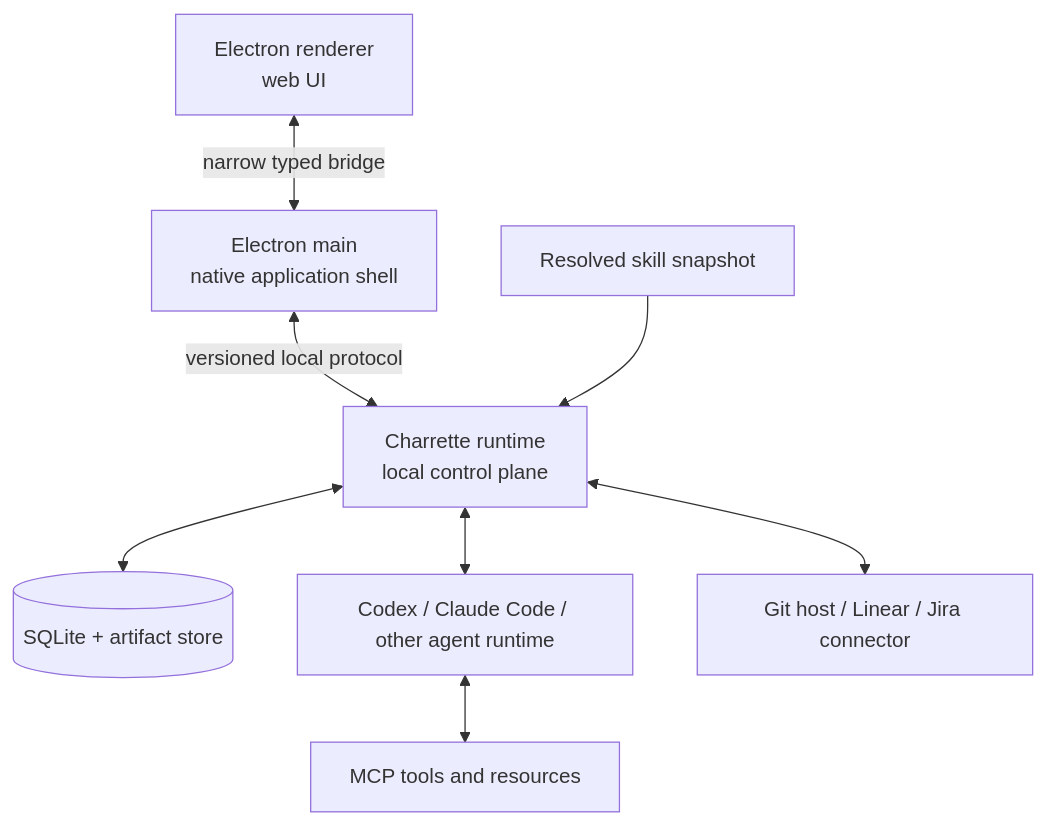
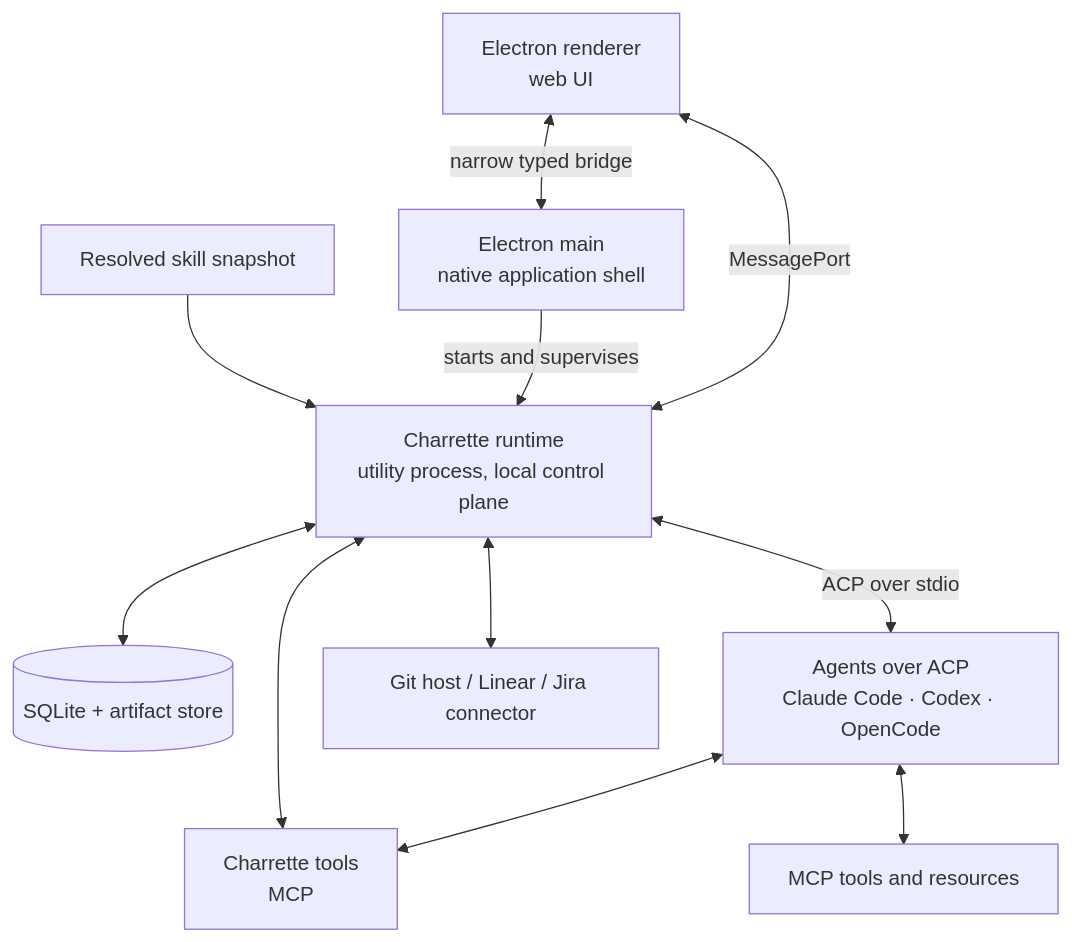
One commit to AltharIDE/althar changed the second of 2 diagrams in docs/architecture/README.md. Above: the diagram before and after it, drawn with Mermaid. The commit also changed other lines of this file and 20 other files, not shown here.

First line of the commit message:
Record the harness decisions in the architecture

````diff
--- a/docs/architecture/README.md
+++ b/docs/architecture/README.md
@@ -110,19 +112,23 @@
 ```mermaid
 flowchart TB
     UI["Electron renderer<br/>web UI"]
     Main["Electron main<br/>native application shell"]
-    Runtime["Charrette runtime<br/>local control plane"]
+    Runtime["Charrette runtime<br/>utility process, local control plane"]
     Store[("SQLite + artifact store")]
-    Provider["Codex / Claude Code / other agent runtime"]
+    Provider["Agents over ACP<br/>Claude Code · Codex · OpenCode"]
+    Tools["Charrette tools<br/>MCP"]
     Connector["Git host / Linear / Jira connector"]
     MCP["MCP tools and resources"]
     Skills["Resolved skill snapshot"]
 
     UI <-->|"narrow typed bridge"| Main
-    Main <-->|"versioned local protocol"| Runtime
+    UI <-->|"MessagePort"| Runtime
+    Main -->|"starts and supervises"| Runtime
     Runtime <--> Store
-    Runtime <--> Provider
+    Runtime <-->|"ACP over stdio"| Provider
     Runtime <--> Connector
+    Provider <--> Tools
+    Tools <--> Runtime
     Provider <--> MCP
     Skills --> Runtime
 ```
````
